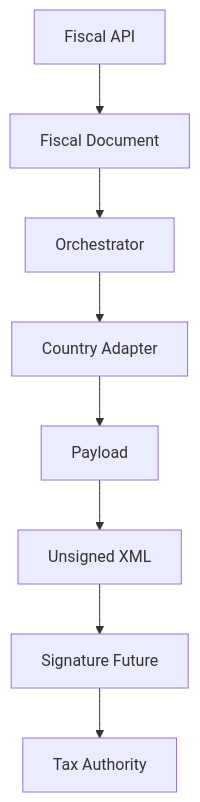
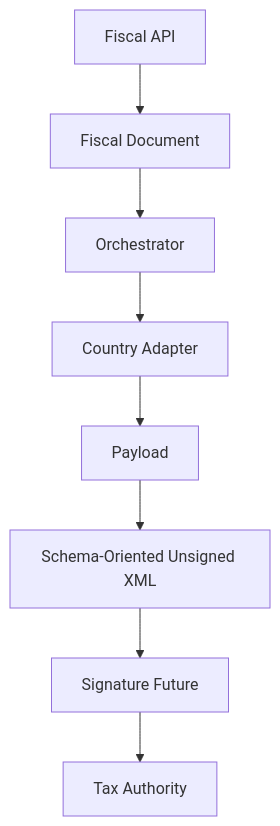
The diagram in docs/diagrams/architecture.mmd (betopindu/odoo-restaurant-suite), drawn with Mermaid before and after one commit. The commit also changed 4 other files, not shown here.

Commit message:
Document Paraguay XML schema readiness

```diff
--- a/docs/diagrams/architecture.mmd
+++ b/docs/diagrams/architecture.mmd
@@ -1,16 +1,16 @@
 flowchart TD
 
 A[Fiscal API]
 --> B[Fiscal Document]
 
 B --> C[Orchestrator]
 
 C --> D[Country Adapter]
 
 D --> E[Payload]
 
-E --> F[Unsigned XML]
+E --> F[Schema-Oriented Unsigned XML]
 
 F --> G[Signature Future]
 
 G --> H[Tax Authority]
```
